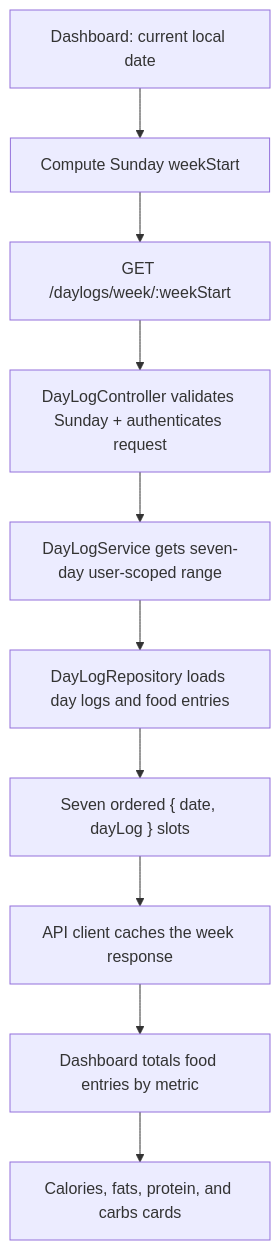
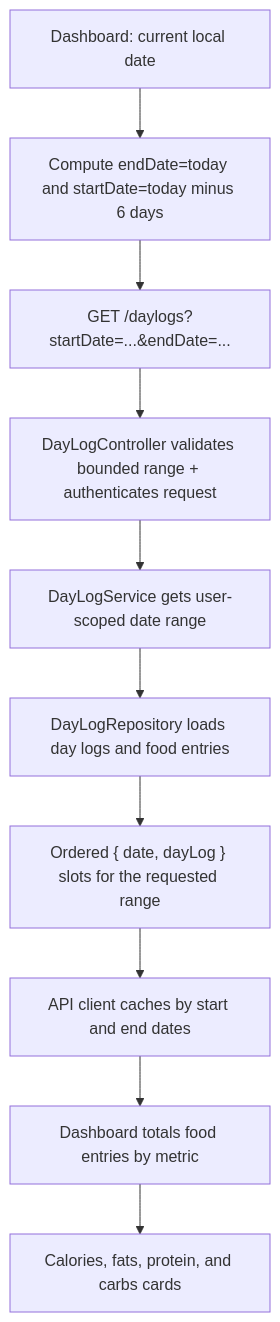
The diagram in docs/tasks/dashboard-live-nutrition/PLAN.md (dereksleung/calibrate-backend), drawn with Mermaid before and after one commit. The commit also changed other lines of this file, not shown here.

Commit message:
docs: use rolling seven day query in live dashboard data plan

````diff
--- a/docs/tasks/dashboard-live-nutrition/PLAN.md
+++ b/docs/tasks/dashboard-live-nutrition/PLAN.md
@@ -38,12 +38,12 @@
 ```mermaid
 flowchart TD
-  A["Dashboard: current local date"] --> B["Compute Sunday weekStart"]
-  B --> C["GET /daylogs/week/:weekStart"]
-  C --> D["DayLogController validates Sunday + authenticates request"]
-  D --> E["DayLogService gets seven-day user-scoped range"]
+  A["Dashboard: current local date"] --> B["Compute endDate=today and startDate=today minus 6 days"]
+  B --> C["GET /daylogs?startDate=...&endDate=..."]
+  C --> D["DayLogController validates bounded range + authenticates request"]
+  D --> E["DayLogService gets user-scoped date range"]
   E --> F["DayLogRepository loads day logs and food entries"]
-  F --> G["Seven ordered { date, dayLog } slots"]
-  G --> H["API client caches the week response"]
+  F --> G["Ordered { date, dayLog } slots for the requested range"]
+  G --> H["API client caches by start and end dates"]
   H --> I["Dashboard totals food entries by metric"]
   I --> J["Calories, fats, protein, and carbs cards"]
 ```
````
